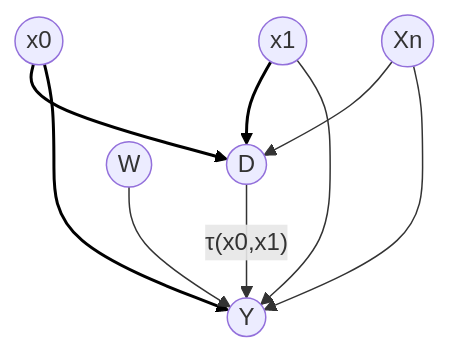
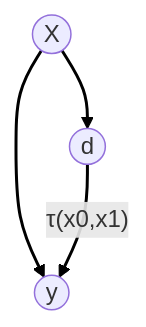
Before and after one commit to jakepenzak/caml: the diagram in docs/03_Reference/make_partially_linear_dataset_simple.qmd, drawn with Mermaid. The commit also changed other lines of this file and 30 other files, not shown here.

````diff
--- a/docs/03_Reference/make_partially_linear_dataset_simple.qmd
+++ b/docs/03_Reference/make_partially_linear_dataset_simple.qmd
@@ -35,13 +35,9 @@
 ```{mermaid}
 flowchart TD;
-    X0((x0))-->D((D));
-    X0((x0))-->Y((Y));
-    X1((x1))-->D((D));
-    X1((x1))-->Y((Y));
-    Xn((Xn))-->D((D));
-    Xn((Xn))-->Y((Y));
-    W((W))-->Y((Y));
-    D((D))-->|"τ(x0,x1)"|Y((Y));
+    Xn((X))-->d((d));
+    Xn((X))-->y((y));
+    d((d))-->|"τ(x0,x1)"|y((y));
+
     linkStyle 0,1 stroke:black,stroke-width:2px
     linkStyle 1,2 stroke:black,stroke-width:2px
 ```
````
